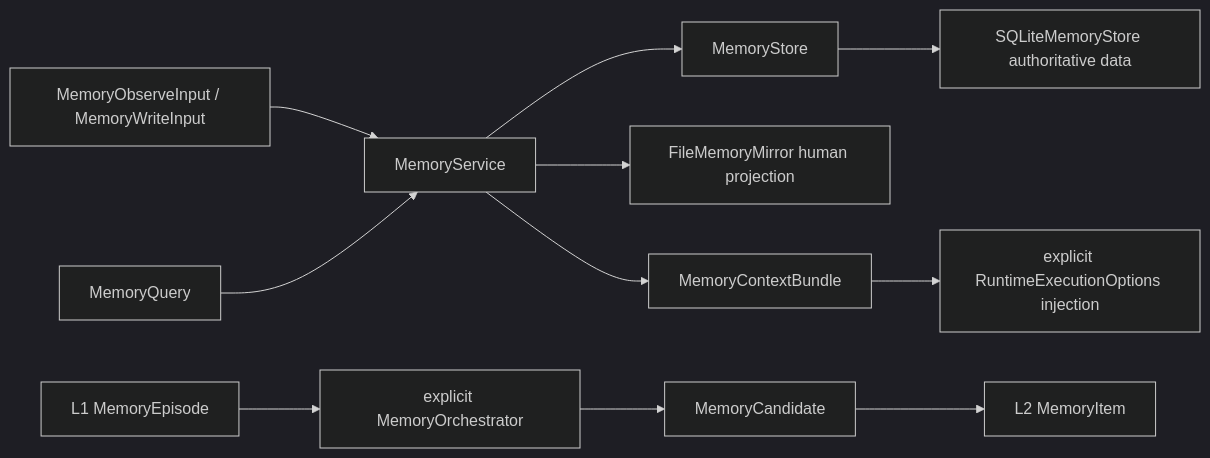
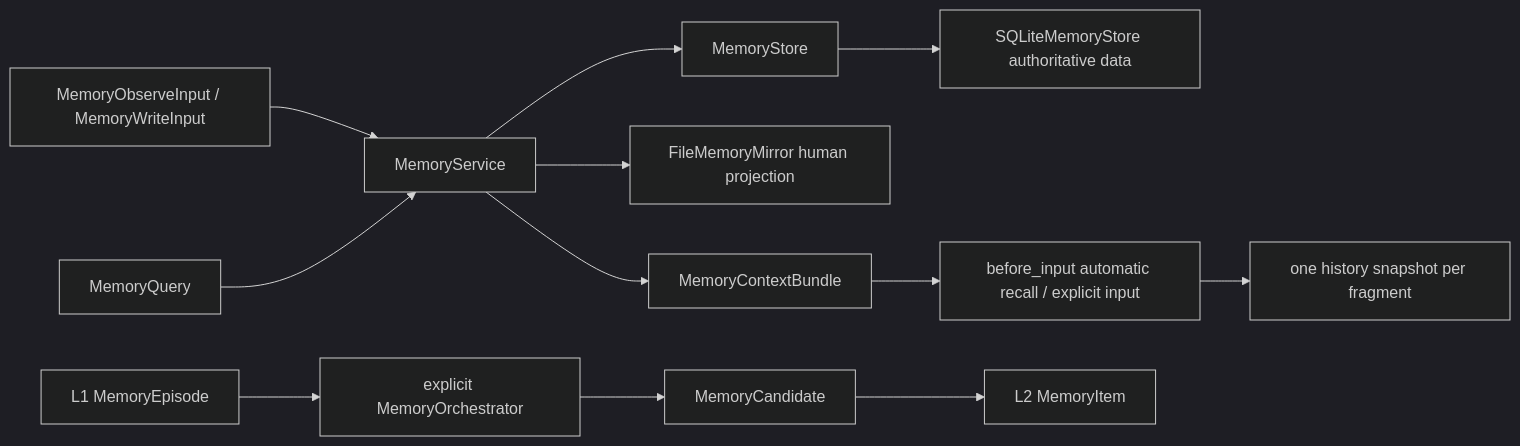
Before and after one commit to Tsubaki-01/Iris: the diagram in src/iris/memory/README.en.md, drawn with Mermaid (dark theme). The commit also changed other lines of this file and 24 other files, not shown here.

````diff
--- a/src/iris/memory/README.en.md
+++ b/src/iris/memory/README.en.md
@@ -57,13 +73,14 @@
 ```mermaid
 flowchart LR
     Input["MemoryObserveInput / MemoryWriteInput"] --> Service["MemoryService"]
     Service --> Store["MemoryStore"]
     Store --> SQLite["SQLiteMemoryStore authoritative data"]
     Service --> Mirror["FileMemoryMirror human projection"]
     Episode["L1 MemoryEpisode"] --> Orchestrator["explicit MemoryOrchestrator"]
     Orchestrator --> Candidate["MemoryCandidate"]
     Candidate --> Item["L2 MemoryItem"]
     Query["MemoryQuery"] --> Service
     Service --> Context["MemoryContextBundle"]
-    Context --> Runtime["explicit RuntimeExecutionOptions injection"]
+    Context --> Runtime["before_input automatic recall / explicit input"]
+    Runtime --> History["one history snapshot per fragment"]
 ```
````
